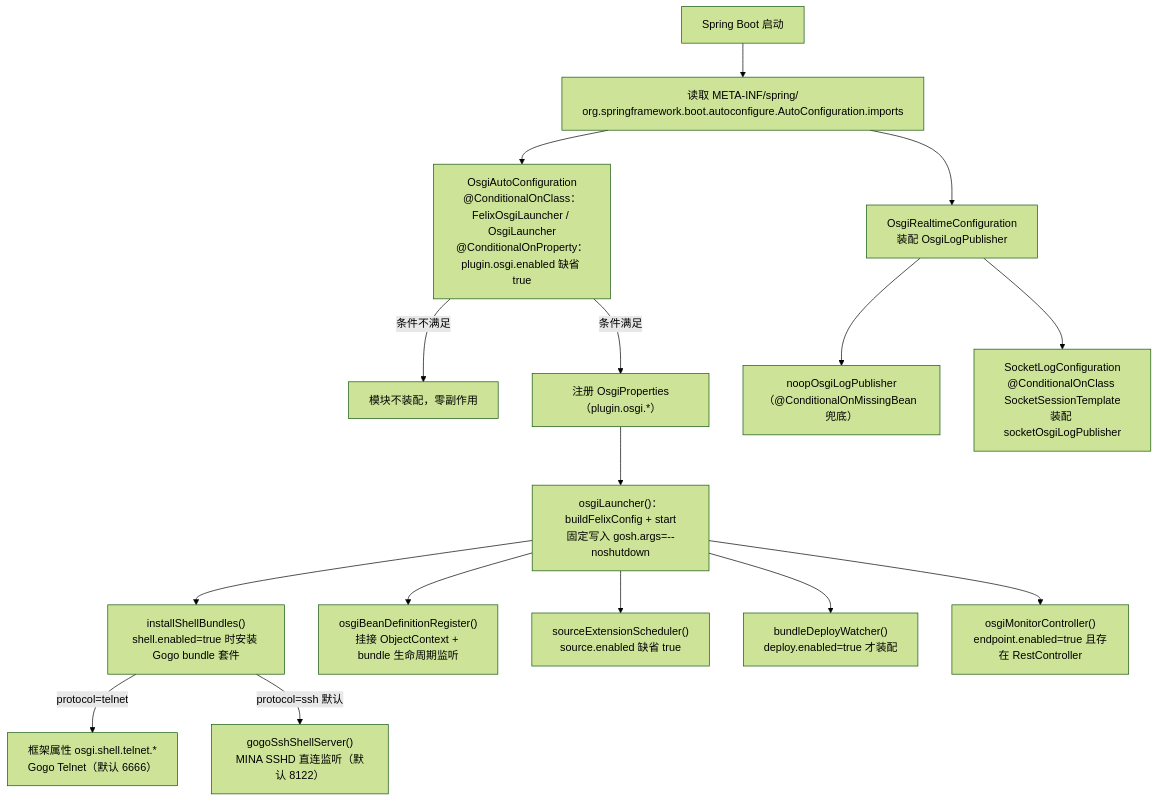
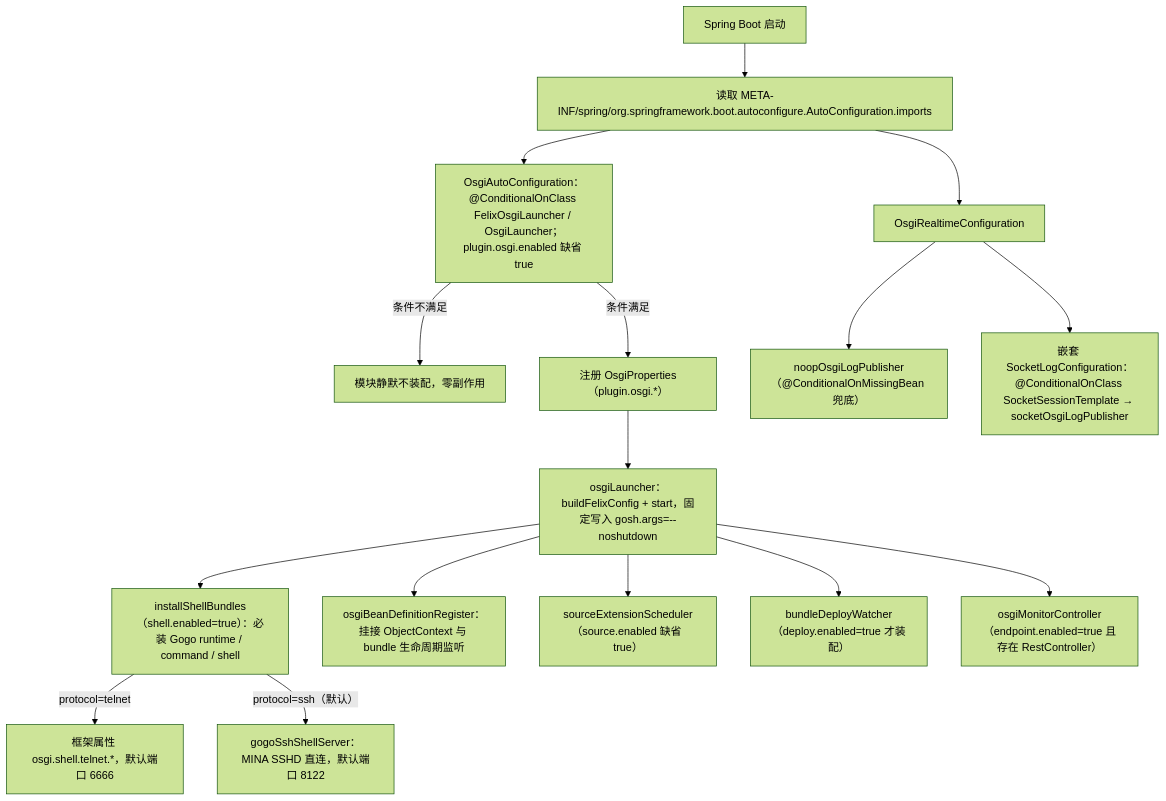
The second of 2 diagrams in spring-support-osgi-starter/README.md (CHTK001/spring-support-parent-starter), drawn with Mermaid (forest theme) before and after one commit. The commit also changed other lines of this file and 54 other files, not shown here.

````diff
--- a/spring-support-osgi-starter/README.md
+++ b/spring-support-osgi-starter/README.md
@@ -85,18 +41,18 @@
 ```mermaid
 flowchart TD
-    S["Spring Boot 启动"] --> I["读取 META-INF/spring/<br/>org.springframework.boot.autoconfigure.AutoConfiguration.imports"]
-    I --> C1["OsgiAutoConfiguration<br/>@ConditionalOnClass：FelixOsgiLauncher / OsgiLauncher<br/>@ConditionalOnProperty：plugin.osgi.enabled 缺省 true"]
-    I --> C2["OsgiRealtimeConfiguration<br/>装配 OsgiLogPublisher"]
-    C1 -->|条件不满足| X["模块不装配，零副作用"]
-    C1 -->|条件满足| P["注册 OsgiProperties（plugin.osgi.*）"]
-    P --> B1["osgiLauncher()：buildFelixConfig + start<br/>固定写入 gosh.args=--noshutdown"]
-    B1 --> SB["installShellBundles()<br/>shell.enabled=true 时安装 Gogo bundle 套件"]
-    SB -->|protocol=telnet| T["框架属性 osgi.shell.telnet.*<br/>Gogo Telnet（默认 6666）"]
-    SB -->|protocol=ssh 默认| SS["gogoSshShellServer()<br/>MINA SSHD 直连监听（默认 8122）"]
-    B1 --> BR["osgiBeanDefinitionRegister()<br/>挂接 ObjectContext + bundle 生命周期监听"]
-    B1 --> SE["sourceExtensionScheduler()<br/>source.enabled 缺省 true"]
-    B1 --> DE["bundleDeployWatcher()<br/>deploy.enabled=true 才装配"]
-    B1 --> EP["osgiMonitorController()<br/>endpoint.enabled=true 且存在 RestController"]
+    S["Spring Boot 启动"] --> I["读取 META-INF/spring/org.springframework.boot.autoconfigure.AutoConfiguration.imports"]
+    I --> C1["OsgiAutoConfiguration：@ConditionalOnClass FelixOsgiLauncher / OsgiLauncher；plugin.osgi.enabled 缺省 true"]
+    I --> C2["OsgiRealtimeConfiguration"]
+    C1 -->|"条件不满足"| X["模块静默不装配，零副作用"]
+    C1 -->|"条件满足"| P["注册 OsgiProperties（plugin.osgi.*）"]
+    P --> B1["osgiLauncher：buildFelixConfig + start，固定写入 gosh.args=--noshutdown"]
+    B1 --> SB["installShellBundles（shell.enabled=true）：必装 Gogo runtime / command / shell"]
+    SB -->|"protocol=telnet"| T["框架属性 osgi.shell.telnet.*，默认端口 6666"]
+    SB -->|"protocol=ssh（默认）"| SS["gogoSshShellServer：MINA SSHD 直连，默认端口 8122"]
+    B1 --> BR["osgiBeanDefinitionRegister：挂接 ObjectContext 与 bundle 生命周期监听"]
+    B1 --> SE["sourceExtensionScheduler（source.enabled 缺省 true）"]
+    B1 --> DE["bundleDeployWatcher（deploy.enabled=true 才装配）"]
+    B1 --> EP["osgiMonitorController（endpoint.enabled=true 且存在 RestController）"]
     C2 --> NP["noopOsgiLogPublisher（@ConditionalOnMissingBean 兜底）"]
-    C2 --> SP["SocketLogConfiguration<br/>@ConditionalOnClass SocketSessionTemplate<br/>装配 socketOsgiLogPublisher"]
+    C2 --> SP["嵌套 SocketLogConfiguration：@ConditionalOnClass SocketSessionTemplate → socketOsgiLogPublisher"]
 ```
````
